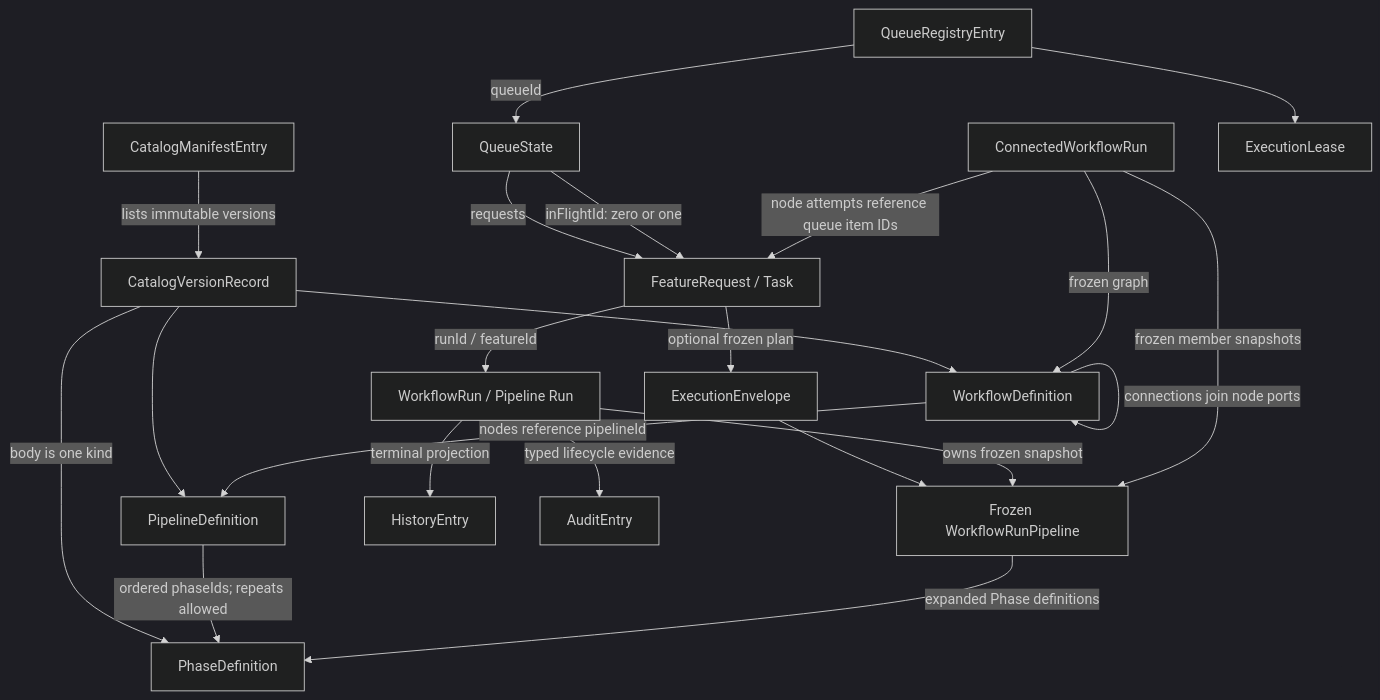
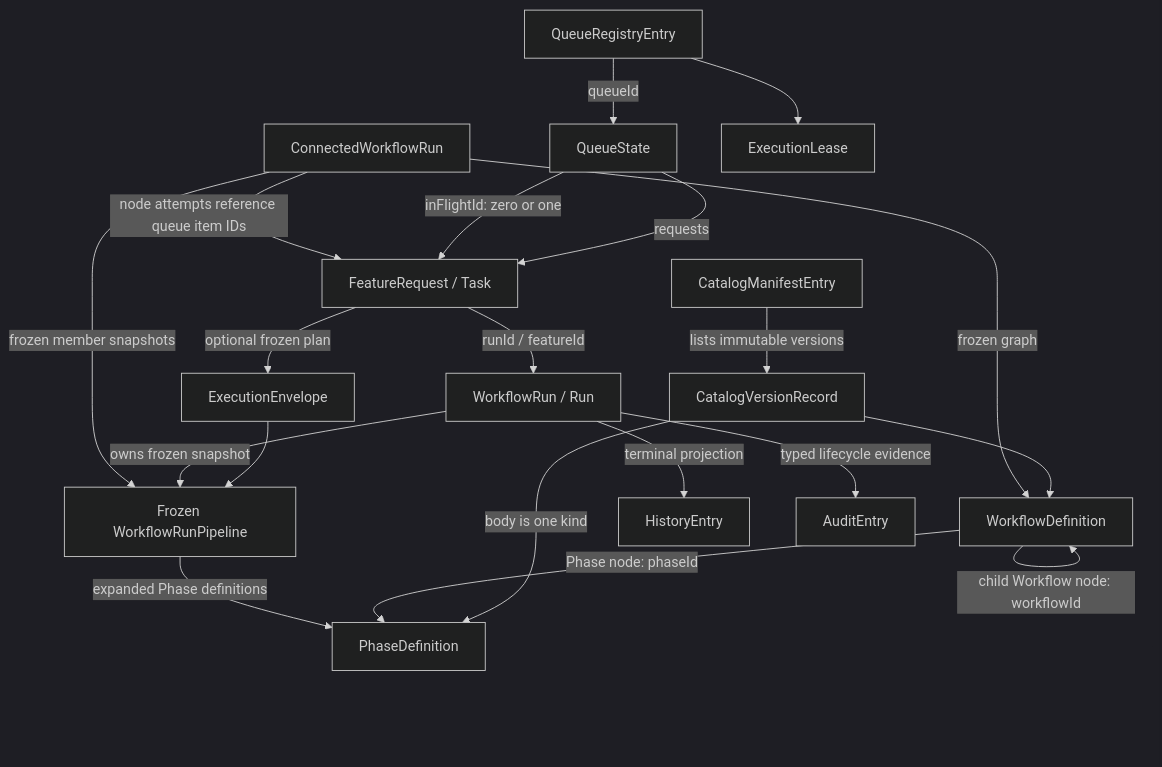
One commit to lehoa1806/schegent changed the diagram in docs/explanation/domain-model.md. Above: the diagram before and after it, drawn with Mermaid (dark theme). The commit also changed other lines of this file and 36 other files, not shown here.

````diff
--- a/docs/explanation/domain-model.md
+++ b/docs/explanation/domain-model.md
@@ -19,28 +19,26 @@
 ```mermaid
 graph TD
   Manifest[CatalogManifestEntry] -->|lists immutable versions| Version[CatalogVersionRecord]
   Version -->|body is one kind| Phase[PhaseDefinition]
-  Version --> Pipeline[PipelineDefinition]
   Version --> Workflow[WorkflowDefinition]
 
-  Pipeline -->|ordered phaseIds; repeats allowed| Phase
-  Workflow -->|nodes reference pipelineId| Pipeline
-  Workflow -->|connections join node ports| Workflow
+  Workflow -->|Phase node: phaseId| Phase
+  Workflow -->|child Workflow node: workflowId| Workflow
 
   Registry[QueueRegistryEntry] -->|queueId| Queue[QueueState]
   Queue -->|requests| Task[FeatureRequest / Task]
   Queue -->|inFlightId: zero or one| Task
-  Task -->|runId / featureId| Run[WorkflowRun / Pipeline Run]
+  Task -->|runId / featureId| Run[WorkflowRun / Run]
   Task -->|optional frozen plan| Envelope[ExecutionEnvelope]
   Envelope --> Frozen[Frozen WorkflowRunPipeline]
   Run -->|owns frozen snapshot| Frozen
   Frozen -->|expanded Phase definitions| Phase
 
   Connected[ConnectedWorkflowRun] -->|frozen graph| Workflow
   Connected -->|frozen member snapshots| Frozen
   Connected -->|node attempts reference queue item IDs| Task
 
   Run -->|terminal projection| History[HistoryEntry]
   Run -->|typed lifecycle evidence| Audit[AuditEntry]
   Registry --> Lease[ExecutionLease]
 ```
````
